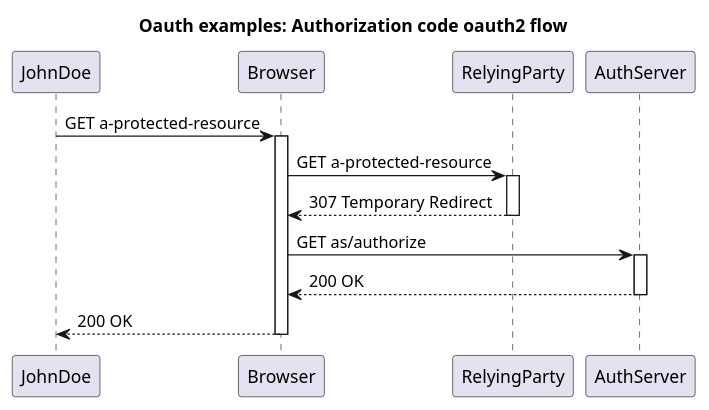
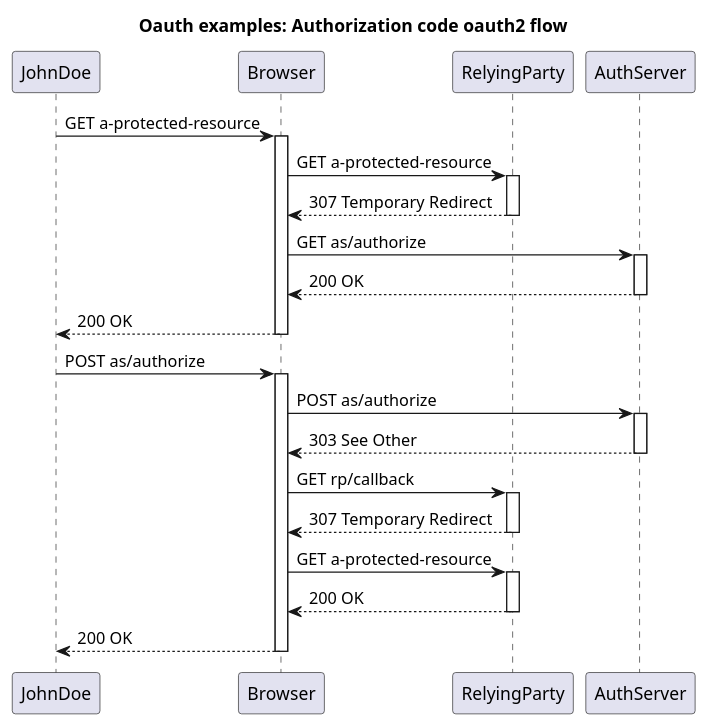
One commit to http4k/http4k-diagram-examples changed the diagram in sequence-diagrams/.generated/diagrams/Oauth examples: Authorization code oauth2 flow - Sequence.puml. Above: the diagram before and after it, drawn with PlantUML. The commit also changed 1 other file, not shown here.

```diff
--- a/sequence-diagrams/.generated/diagrams/Oauth examples: Authorization code oauth2 flow - Sequence.puml
+++ b/sequence-diagrams/.generated/diagrams/Oauth examples: Authorization code oauth2 flow - Sequence.puml
@@ -1,21 +1,40 @@
 @startuml
 title Oauth examples: Authorization code oauth2 flow
 participant JohnDoe
 participant Browser
 participant RelyingParty
 participant AuthServer
 JohnDoe -> Browser: GET a-protected-resource 
 activate Browser
 Browser -> RelyingParty: GET a-protected-resource 
 activate RelyingParty
 
 RelyingParty --> Browser: 307 Temporary Redirect
 deactivate RelyingParty
 Browser -> AuthServer: GET as/authorize 
 activate AuthServer
 
 AuthServer --> Browser: 200 OK
 deactivate AuthServer
 Browser --> JohnDoe: 200 OK
 deactivate Browser
+JohnDoe -> Browser: POST as/authorize 
+activate Browser
+Browser -> AuthServer: POST as/authorize 
+activate AuthServer
+
+AuthServer --> Browser: 303 See Other
+deactivate AuthServer
+Browser -> RelyingParty: GET rp/callback 
+activate RelyingParty
+
+RelyingParty --> Browser: 307 Temporary Redirect
+deactivate RelyingParty
+Browser -> RelyingParty: GET a-protected-resource 
+activate RelyingParty
+
+RelyingParty --> Browser: 200 OK
+deactivate RelyingParty
+Browser --> JohnDoe: 200 OK
+deactivate Browser
     @enduml
```
